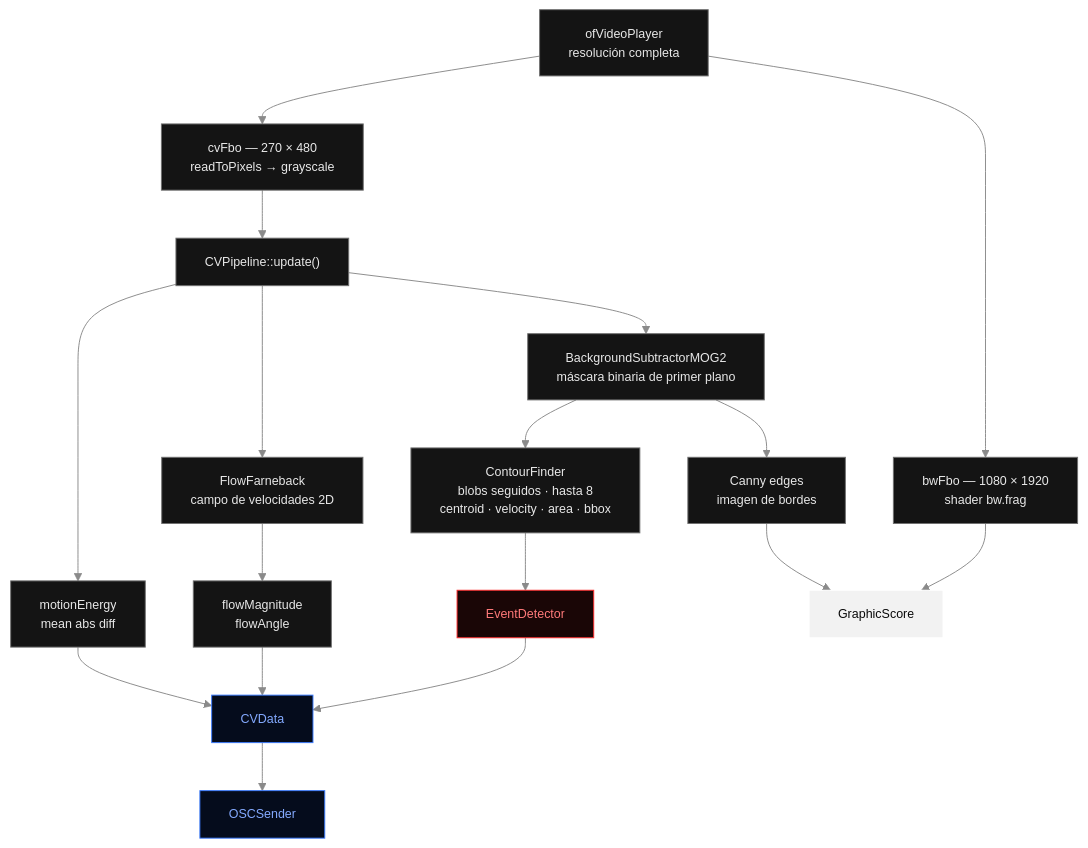
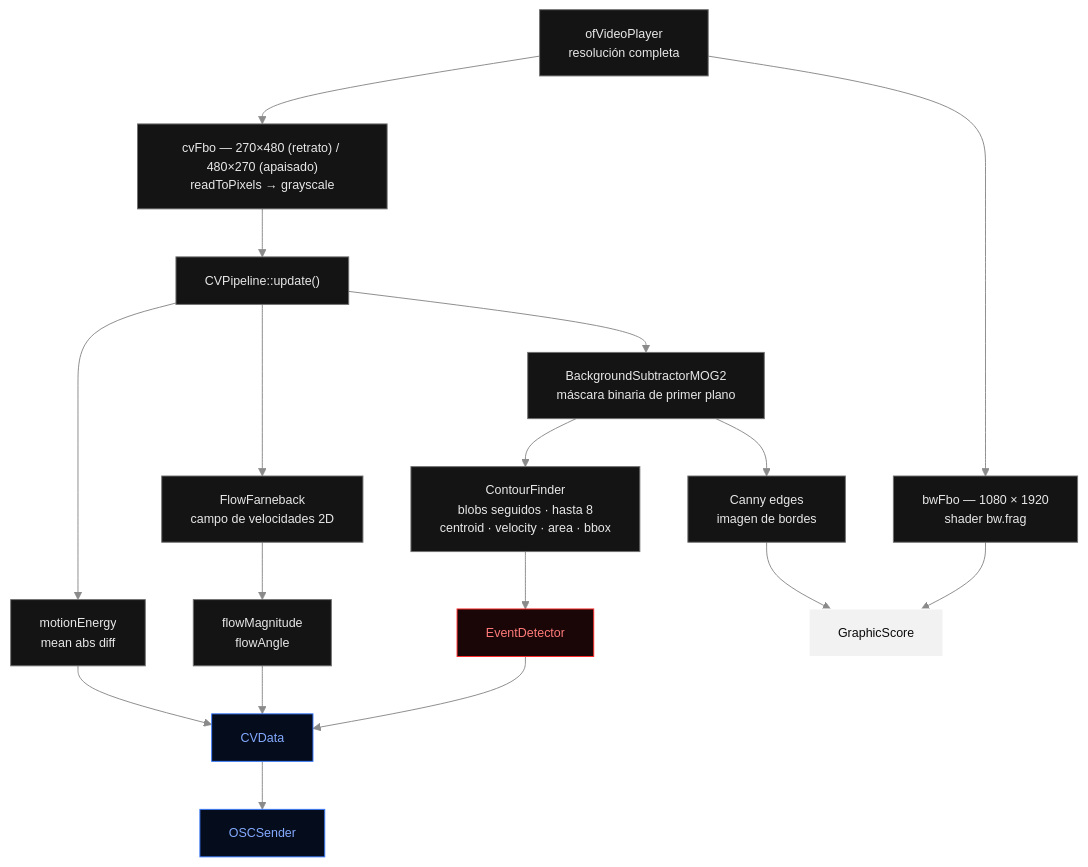
Before and after one commit to Lessnullvoid/Partitura_del_Juego: the third of 8 diagrams in README.md, drawn with Mermaid. The commit also changed other lines of this file and 30 other files, not shown here.

````diff
--- a/README.md
+++ b/README.md
@@ -77,42 +81,42 @@
 ```mermaid
 %%{init: {"theme":"base","themeVariables":{"fontFamily":"ui-monospace, SFMono-Regular, Menlo, monospace","fontSize":"13px","primaryColor":"#141414","primaryTextColor":"#e8e8e8","primaryBorderColor":"#707070","lineColor":"#8a8a8a","clusterBkg":"#0d0d0d","clusterBorder":"#3d3d3d","titleColor":"#e8e8e8","edgeLabelBackground":"#1a1a1a"}}}%%
 flowchart TB
     VP["ofVideoPlayer<br/>resolución completa"]
     BWF["bwFbo — 1080 × 1920<br/>shader bw.frag"]
-    CVF["cvFbo — 270 × 480<br/>readToPixels → grayscale"]
+    CVF["cvFbo — 270×480 (retrato) / 480×270 (apaisado)<br/>readToPixels → grayscale"]
     UPD["CVPipeline::update()"]
 
     MOG["BackgroundSubtractorMOG2<br/>máscara binaria de primer plano"]
     FLOW["FlowFarneback<br/>campo de velocidades 2D"]
     CF["ContourFinder<br/>blobs seguidos · hasta 8<br/>centroid · velocity · area · bbox"]
     CANNY["Canny edges<br/>imagen de bordes"]
     FM["flowMagnitude<br/>flowAngle"]
     ME["motionEnergy<br/>mean abs diff"]
 
     ED["EventDetector"]
     CVD["CVData"]
     GS["GraphicScore"]
     OSC["OSCSender"]
 
     VP --> BWF --> GS
     VP --> CVF --> UPD
     UPD --> MOG
     UPD --> FLOW
     UPD --> ME
     MOG --> CF
     MOG --> CANNY
     FLOW --> FM
     CF --> ED
     CANNY --> GS
     ED --> CVD
     FM --> CVD
     ME --> CVD
     CVD --> OSC
 
     classDef out fill:#f2f2f2,stroke:#ffffff,color:#0a0a0a
     classDef ev fill:#1a0606,stroke:#ff2b2b,color:#ff7a7a
     classDef osc fill:#050c1c,stroke:#3a7bff,color:#84aaff
     class GS out
     class ED ev
     class CVD,OSC osc
 ```
````
